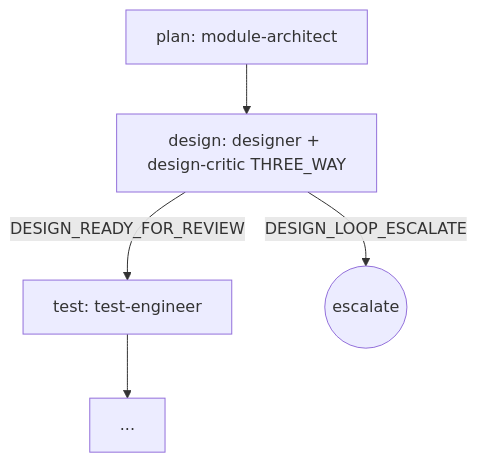
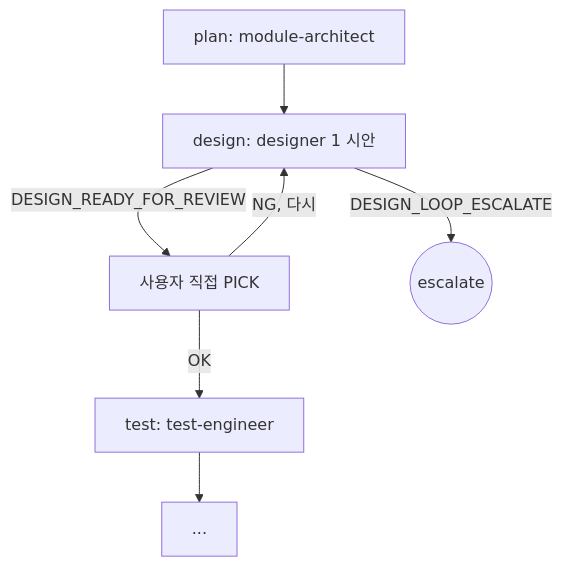
Before and after one commit to alruminum/dcNess: the second of 7 diagrams in docs/plugin/orchestration.md, drawn with Mermaid. The commit also changed other lines of this file and 14 other files, not shown here.

````diff
--- a/docs/plugin/orchestration.md
+++ b/docs/plugin/orchestration.md
@@ -87,12 +87,15 @@
 ```mermaid
 flowchart TD
     plan[plan: module-architect]
-    design[design: designer + design-critic THREE_WAY]
+    design[design: designer 1 시안]
+    pick[사용자 직접 PICK]
     test[test: test-engineer]
     impl[...]
 
     plan --> design
-    design -->|DESIGN_READY_FOR_REVIEW| test
+    design -->|DESIGN_READY_FOR_REVIEW| pick
     design -->|DESIGN_LOOP_ESCALATE| esc((escalate))
+    pick -->|OK| test
+    pick -->|NG, 다시| design
     test --> impl
 ```
````
